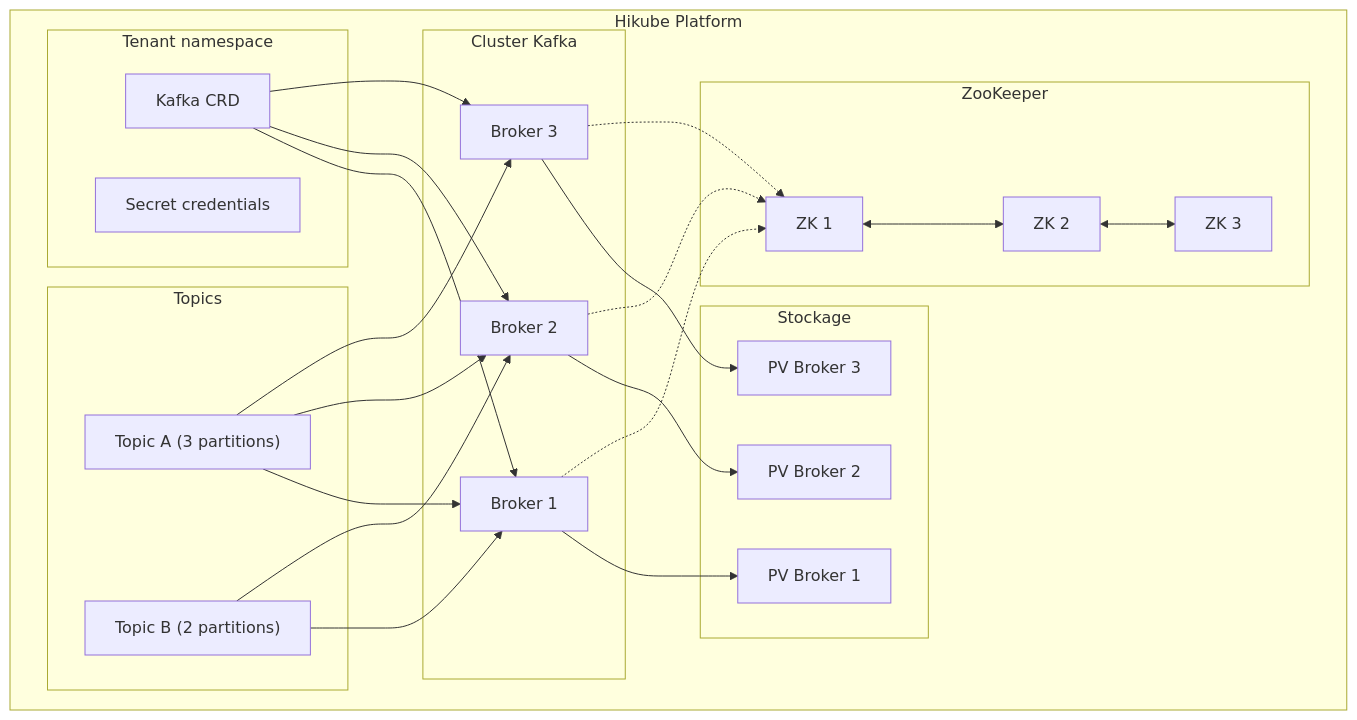
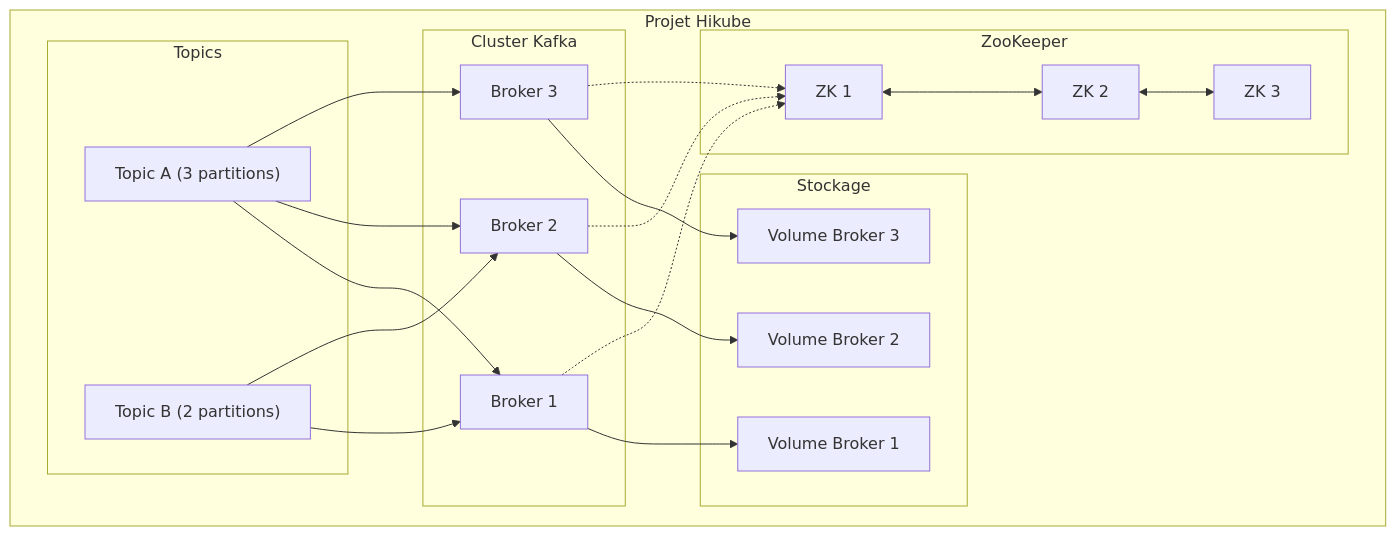
Before and after one commit to HidoraSwiss/hikube-public-doc: the first of 2 diagrams in docs/services/messaging/kafka/concepts.md, drawn with Mermaid. The commit also changed other lines of this file and 25 other files, not shown here.

````diff
--- a/docs/services/messaging/kafka/concepts.md
+++ b/docs/services/messaging/kafka/concepts.md
@@ -12,49 +17,41 @@
 ```mermaid
 graph TB
-    subgraph "Hikube Platform"
-        subgraph "Tenant namespace"
-            CR[Kafka CRD]
-            SEC[Secret credentials]
-        end
-
+    subgraph "Projet Hikube"
         subgraph "Cluster Kafka"
             B1[Broker 1]
             B2[Broker 2]
             B3[Broker 3]
         end
 
         subgraph "ZooKeeper"
             Z1[ZK 1]
             Z2[ZK 2]
             Z3[ZK 3]
         end
 
         subgraph "Topics"
             T1["Topic A (3 partitions)"]
             T2["Topic B (2 partitions)"]
         end
 
         subgraph "Stockage"
-            PV1[PV Broker 1]
-            PV2[PV Broker 2]
-            PV3[PV Broker 3]
+            PV1[Volume Broker 1]
+            PV2[Volume Broker 2]
+            PV3[Volume Broker 3]
         end
     end
 
-    CR --> B1
-    CR --> B2
-    CR --> B3
     B1 --> PV1
     B2 --> PV2
     B3 --> PV3
     Z1 <--> Z2
     Z2 <--> Z3
     B1 -.-> Z1
     B2 -.-> Z1
     B3 -.-> Z1
     T1 --> B1
     T1 --> B2
     T1 --> B3
     T2 --> B1
     T2 --> B2
 ```
````
